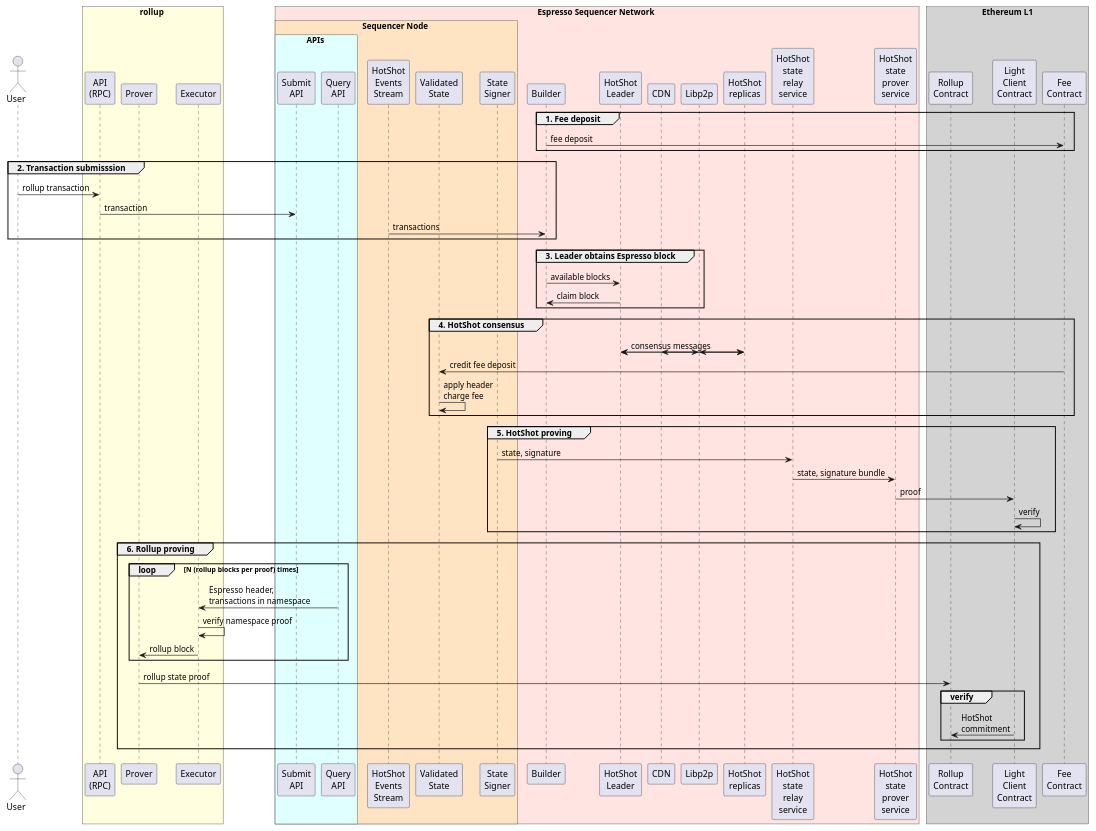
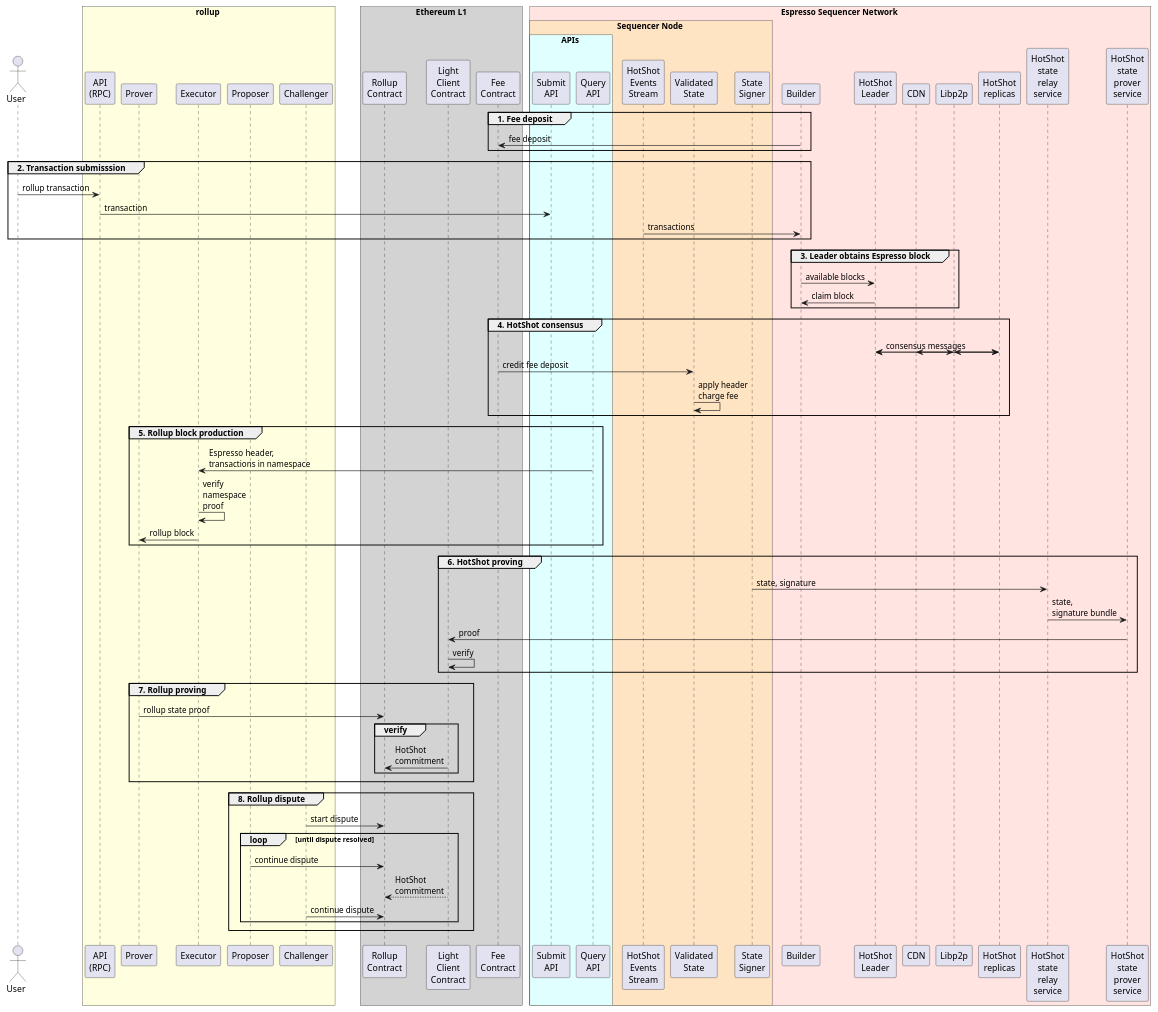
Before and after one commit to EspressoSystems/espresso-sequencer: the diagram in doc/sequence-diagram.puml, drawn with PlantUML. The commit also changed 4 other files, not shown here.

Commit message:
Add optimistic rollup dispute to diagram

```diff
--- a/doc/sequence-diagram.puml
+++ b/doc/sequence-diagram.puml
@@ -1,80 +1,91 @@
 @startuml
 !pragma teoz true
 actor User
 
 box rollup #LightYellow
     participant "API\n(RPC)" as rpc
     participant "Prover" as rprover
     participant "Executor" as executor
+    participant Proposer
+    participant Challenger
+end box
+
+box "Ethereum L1" #LightGrey
+    participant "Rollup\nContract" as RC
+    participant "Light\nClient\nContract" as LC
+    participant "Fee\nContract" as fee
 end box
 
 box Espresso Sequencer Network #MistyRose
     box Sequencer Node #Bisque
         box APIs #LightCyan
             participant "Submit\nAPI" as submit
             participant "Query\nAPI" as query
         end box
         participant "HotShot\nEvents\nStream" as events
         participant "Validated\nState" as ValidatedState
         participant "State\nSigner" as signer
     end box
 
     participant Builder
     participant "HotShot\nLeader" as leader
     participant CDN
     participant Libp2p
     participant "HotShot\nreplicas" as replicas
     participant "HotShot\nstate\nrelay\nservice" as relay
     participant "HotShot\nstate\nprover\nservice" as prover
-end box
-
-box "Ethereum L1" #LightGrey
-    participant "Rollup\nContract" as RC
-    participant "Light\nClient\nContract" as LC
-    participant "Fee\nContract" as fee
 end box
 
 group 1. Fee deposit
     Builder -> fee: fee deposit
 end group
 
 group 2. Transaction submisssion
     User -> rpc: rollup transaction
     rpc -> submit: transaction
     events -> Builder: transactions
 end group
 
 group 3. Leader obtains Espresso block
     Builder -> leader: available blocks
     leader -> Builder: claim block
 end group
 
 group 4. HotShot consensus
     leader <-> replicas: consensus messages
     & leader <-> Libp2p:
     & Libp2p <-> replicas:
     & replicas -> CDN:
     fee -> ValidatedState: credit fee deposit
     ValidatedState -> ValidatedState: apply header\ncharge fee
 end group
 
-group 5. HotShot proving
+group 5. Rollup block production
+    query -> executor: Espresso header,\ntransactions in namespace
+    executor -> executor: verify\nnamespace\nproof
+    executor -> rprover: rollup block
+end group
+
+group 6. HotShot proving
     signer -> relay: state, signature
-    relay -> prover: state, signature bundle
+    relay -> prover: state,\nsignature bundle
     prover -> "Light\nClient\nContract" as LC: proof
     LC -> LC: verify
 end group
 
-group 6. Rollup proving
-    loop N (rollup blocks per proof) times
-    query -> executor: Espresso header,\ntransactions in namespace
-    executor -> executor: verify namespace proof
-    executor -> rprover: rollup block
-                           end
+group 7. Rollup proving
     rprover -> RC: rollup state proof
 
     group verify
         LC -> "Rollup\nContract" as RC: HotShot\ncommitment
     end group
 end group
+
+group 8. Rollup dispute
+    Challenger -> RC: start dispute
+    loop until dispute resolved
+    Proposer -> RC: continue dispute
+    LC --> RC: HotShot\ncommitment
+    Challenger -> RC: continue dispute
+end group
 @enduml
```
